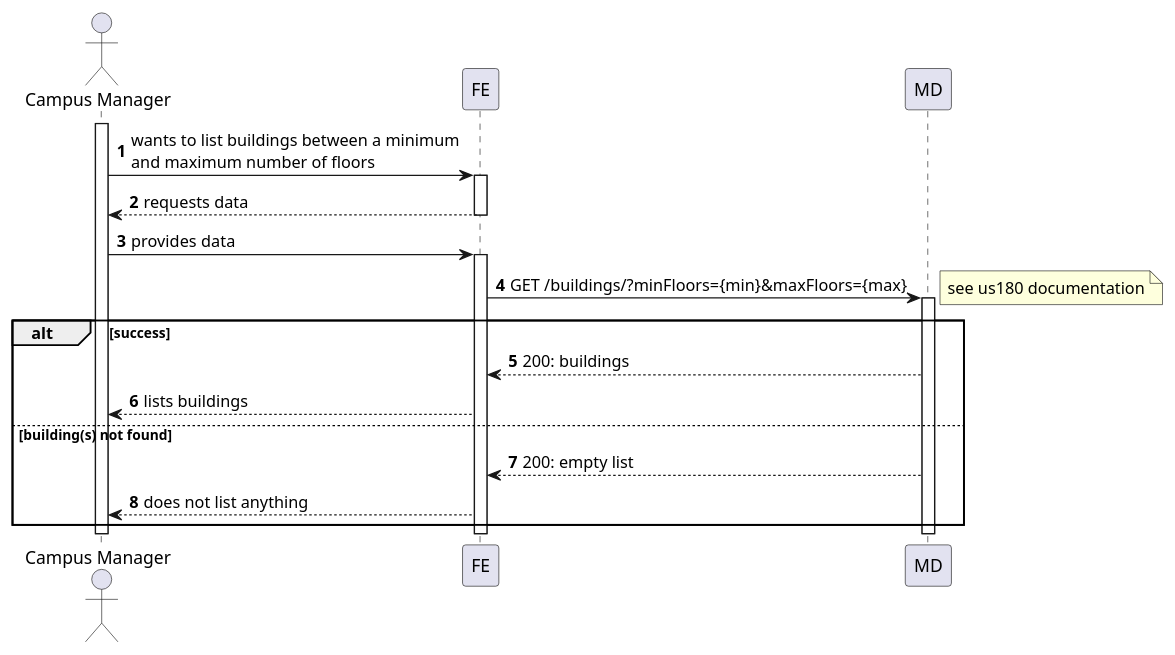
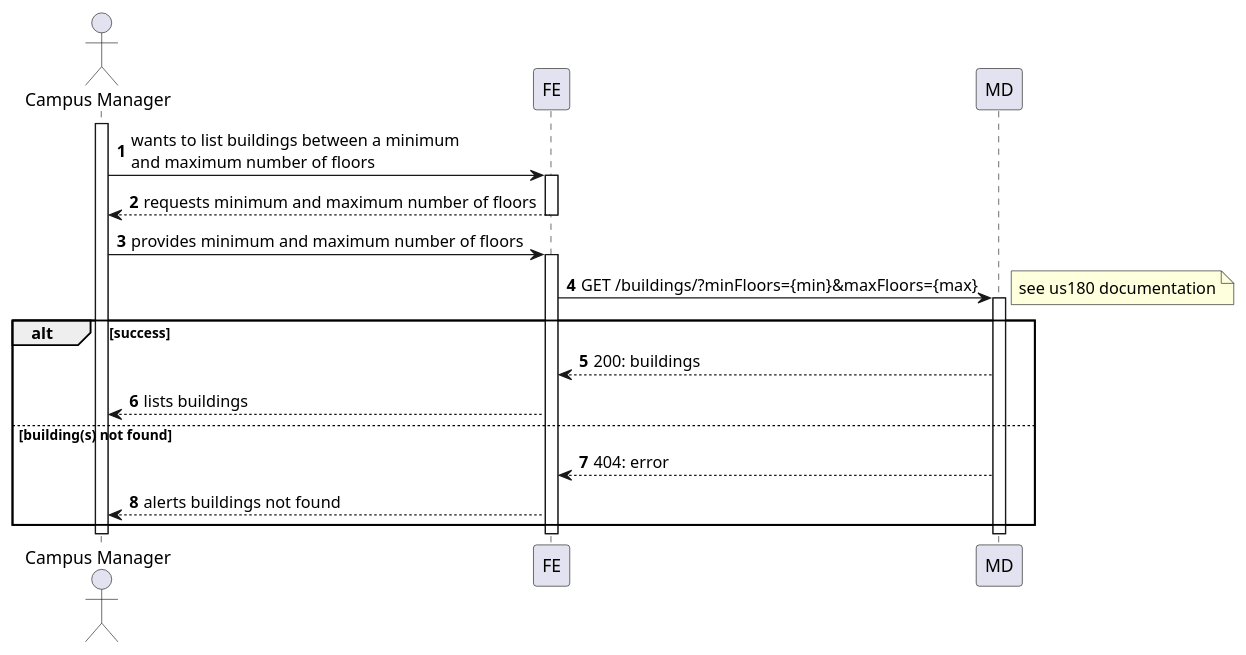
The diagram in docs/us1080/level2/process-view.puml (Departamento-de-Engenharia-Informatica/lapr5-23-24-g19), drawn with PlantUML before and after one commit. The commit also changed 7 other files, not shown here.

```diff
--- a/docs/us1080/level2/process-view.puml
+++ b/docs/us1080/level2/process-view.puml
@@ -1,33 +1,33 @@
 @startuml
 autonumber
 
 actor "Campus Manager" as usr
 
 participant "FE" as ui
 
 participant "MD" as md
 
 activate usr
     usr -> ui : wants to list buildings between a minimum\nand maximum number of floors
     activate ui
-        ui --> usr : requests data
+        ui --> usr : requests minimum and maximum number of floors
     deactivate ui
 
-    usr -> ui : provides data
+    usr -> ui : provides minimum and maximum number of floors
     activate ui
         ui -> md : GET /buildings/?minFloors={min}&maxFloors={max}
         activate md
             note right : see us180 documentation
             alt success
                 md --> ui : 200: buildings
                 ui --> usr : lists buildings
             else building(s) not found
-                md --> ui : 200: empty list
-                ui --> usr : does not list anything
+                md --> ui : 404: error
+                ui --> usr : alerts buildings not found
             end
         deactivate md
     deactivate ui
 deactivate usr
 
 
 @enduml
```
